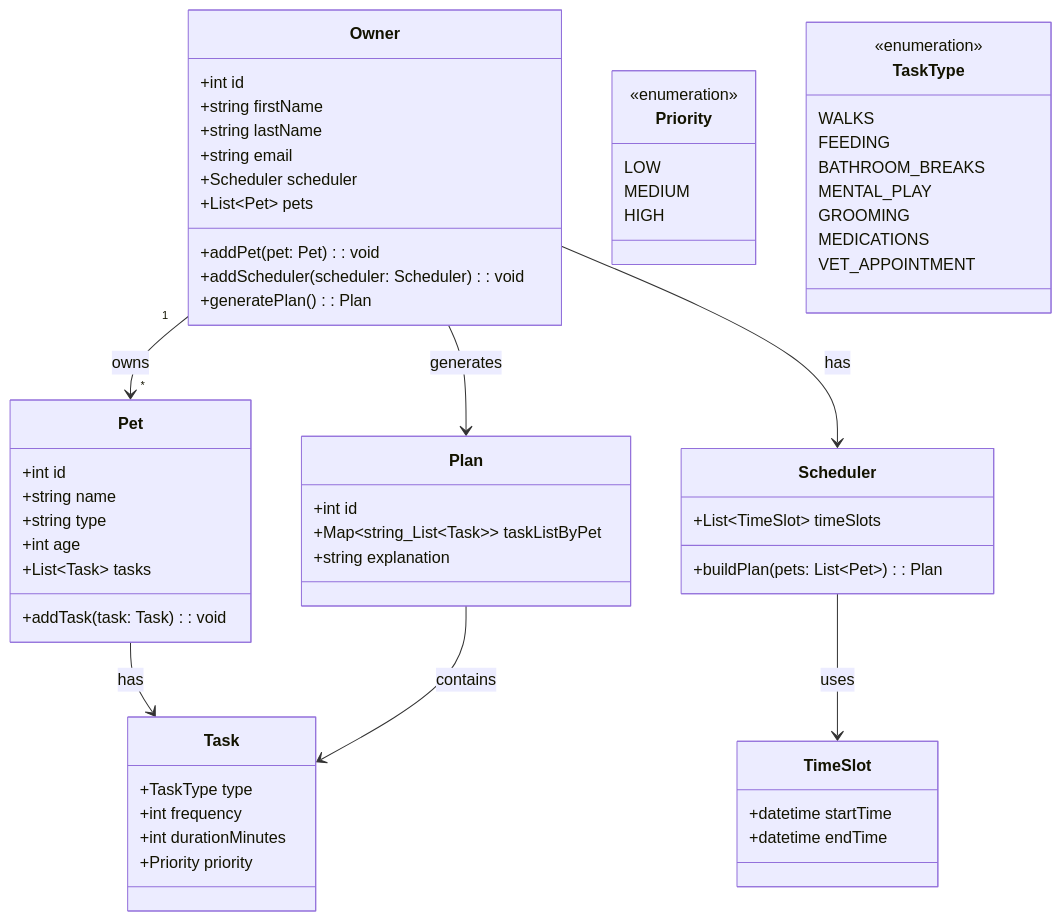
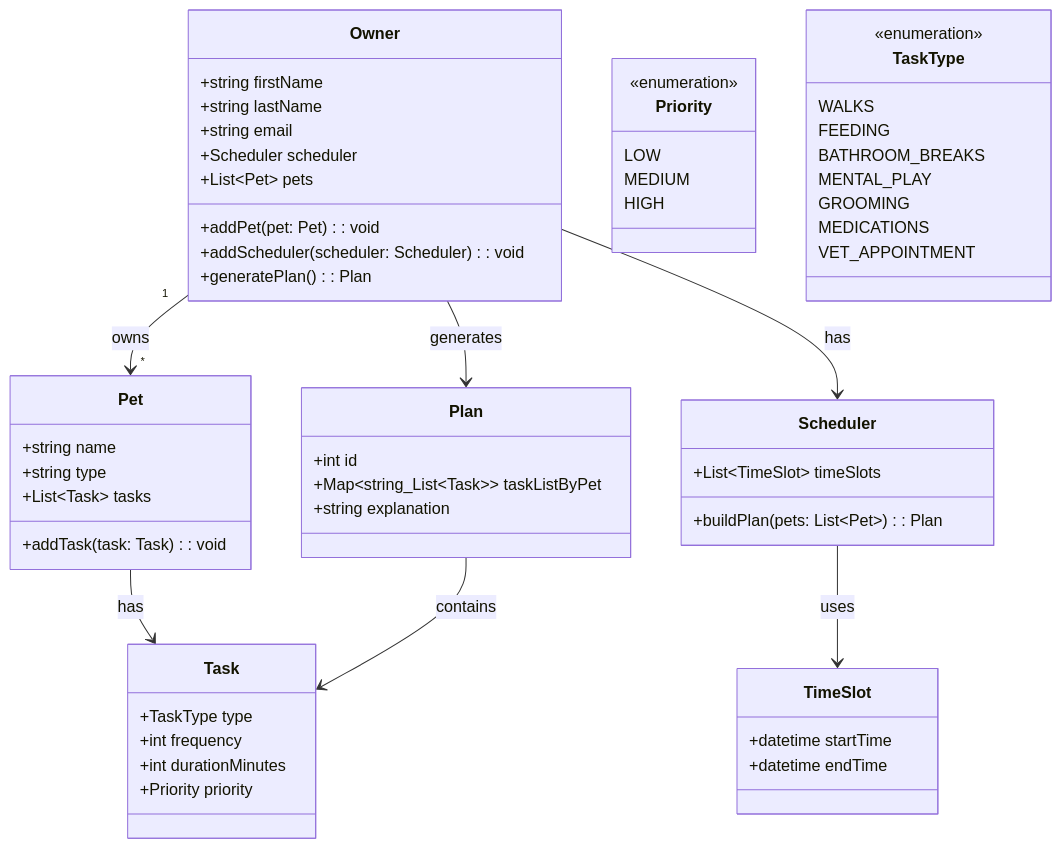
One commit to psshah/ai110-module2show-pawpal-starter changed the diagram in reflection.md. Above: the diagram before and after it, drawn with Mermaid. The commit also changed other lines of this file and 2 other files, not shown here.

Commit message:
Implement PawPal+ scheduling system with Owner, Pet, Task, and Scheduler classes
- Add Owner, Pet, Task, TimeSlot, Scheduler, Plan, and ScheduledTask dataclasses
- Implement priority-aware scheduling in Scheduler.build_plan (HIGH→MEDIUM→LOW)
- Interleave task occurrences across time slots to spread tasks throughout the day
- Add validation for time slots, task frequency, priority, and duplicate pets/tasks
- Add 1-line docstrings to all methods

````diff
--- a/reflection.md
+++ b/reflection.md
@@ -84,71 +82,68 @@
     ```mermaid
     classDiagram
         class Owner {
-            +int id
             +string firstName
             +string lastName
             +string email
             +Scheduler scheduler
             +List~Pet~ pets
             +addPet(pet: Pet): void
             +addScheduler(scheduler: Scheduler): void
             +generatePlan(): Plan
         }
 
         class Pet {
-            +int id
             +string name
             +string type
-            +int age
             +List~Task~ tasks
             +addTask(task: Task): void
         }
 
         class Task {
             +TaskType type
             +int frequency
             +int durationMinutes
             +Priority priority
         }
 
         class Priority {
             <<enumeration>>
             LOW
             MEDIUM
             HIGH
         }
 
         class TaskType {
             <<enumeration>>
             WALKS
             FEEDING
             BATHROOM_BREAKS
             MENTAL_PLAY
             GROOMING
             MEDICATIONS
             VET_APPOINTMENT
         }
 
         class TimeSlot {
             +datetime startTime
             +datetime endTime
         }
 
         class Scheduler {
             +List~TimeSlot~ timeSlots
             +buildPlan(pets: List~Pet~): Plan
         }
 
         class Plan {
             +int id
             +Map~string_List~Task~~ taskListByPet
             +string explanation
         }
 
         Owner "1" --> "*" Pet : owns
         Pet --> Task : has
         Owner --> Scheduler : has
         Scheduler --> TimeSlot : uses
         Owner --> Plan : generates
         Plan --> Task : contains
     ```
````
